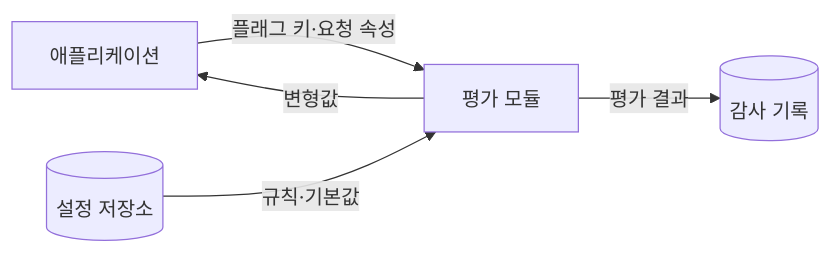
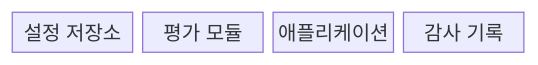
One commit to agnusdei1207/knowledge-base changed the first of 2 diagrams in src/content/docs/notes/03-software/064_feature_flag.md. Above: the diagram before and after it, drawn with Mermaid. The commit also changed other lines of this file and 20 other files, not shown here.

````diff
--- a/src/content/docs/notes/03-software/064_feature_flag.md
+++ b/src/content/docs/notes/03-software/064_feature_flag.md
@@ -56,7 +54,8 @@
 ```mermaid
-flowchart LR
-    A[애플리케이션] -->|플래그 키·요청 속성| E[평가 모듈]
-    S[(설정 저장소)] -->|규칙·기본값| E
-    E -->|변형값| A
-    E -->|평가 결과| L[(감사 기록)]
+block
+  columns 4
+  S["설정 저장소"]
+  E["평가 모듈"]
+  A["애플리케이션"]
+  L["감사 기록"]
 ```
````
